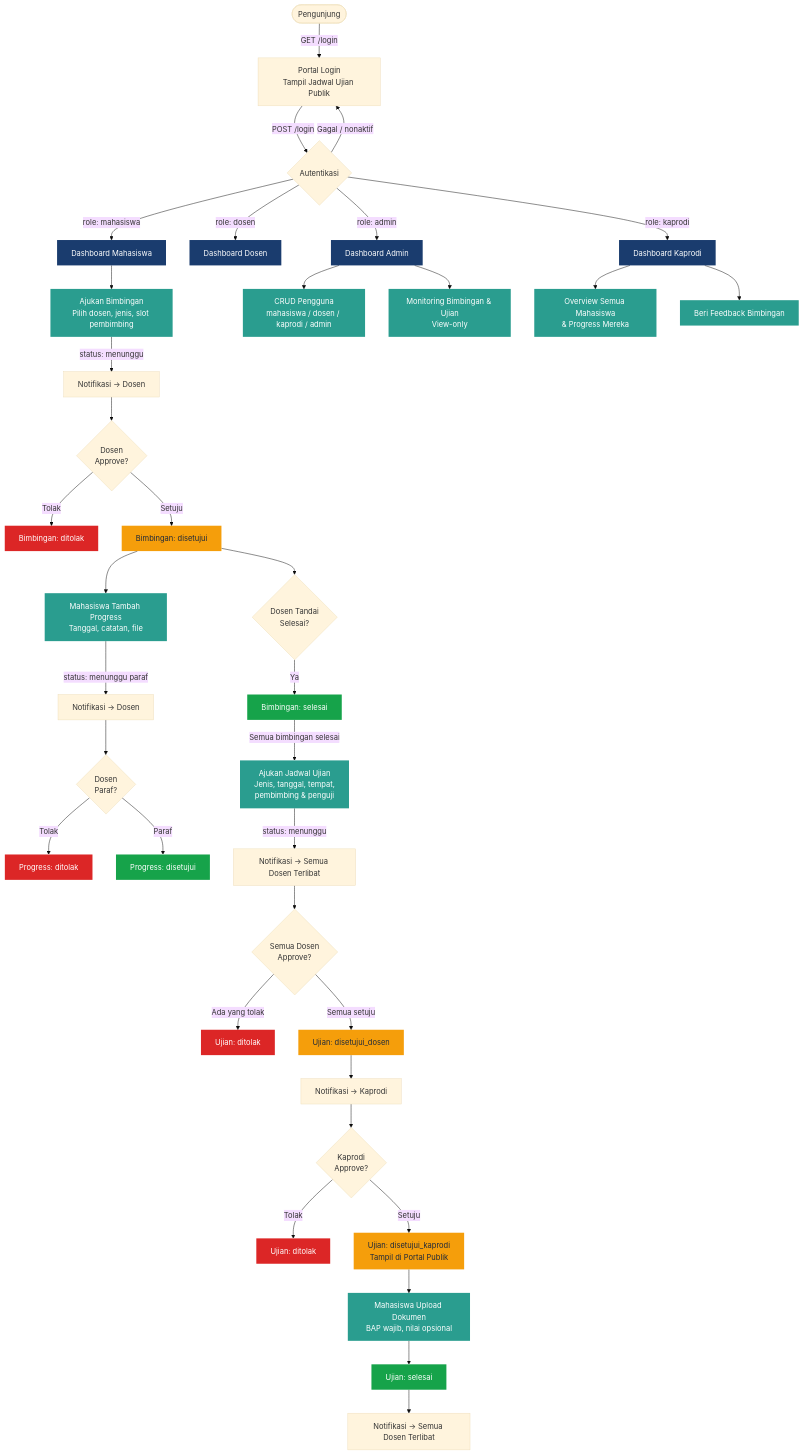
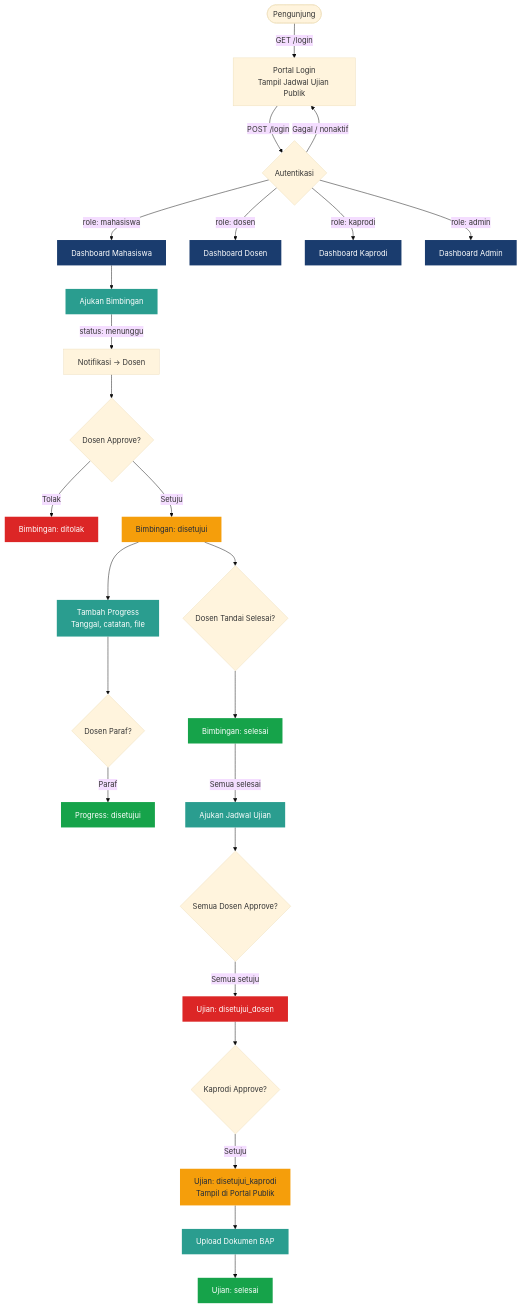
One commit to abakarbit/bios-track changed the diagram in README.md. Above: the diagram before and after it, drawn with Mermaid (base theme). The commit also changed other lines of this file and 4 other files, not shown here.

````diff
--- a/README.md
+++ b/README.md
@@ -141,65 +140,39 @@
 ```mermaid
 flowchart TD
     Guest([Pengunjung]) -->|GET /login| Portal[Portal Login\nTampil Jadwal Ujian Publik]
     Portal -->|POST /login| Auth{Autentikasi}
     Auth -->|Gagal / nonaktif| Portal
     Auth -->|role: mahasiswa| DashM[Dashboard Mahasiswa]
     Auth -->|role: dosen| DashD[Dashboard Dosen]
     Auth -->|role: kaprodi| DashK[Dashboard Kaprodi]
     Auth -->|role: admin| DashA[Dashboard Admin]
 
-    %% ── MAHASISWA ──
-    DashM --> AjukanB[Ajukan Bimbingan\nPilih dosen, jenis, slot pembimbing]
+    DashM --> AjukanB[Ajukan Bimbingan]
     AjukanB -->|status: menunggu| NotifD1[Notifikasi → Dosen]
-
-    NotifD1 --> DosenApproveB{Dosen\nApprove?}
+    NotifD1 --> DosenApproveB{Dosen Approve?}
     DosenApproveB -->|Tolak| BDitolak[Bimbingan: ditolak]
     DosenApproveB -->|Setuju| BDisetujui[Bimbingan: disetujui]
+    BDisetujui --> AddProgress[Tambah Progress\nTanggal, catatan, file]
+    AddProgress --> DosenParaf{Dosen Paraf?}
+    DosenParaf -->|Paraf| PDisetujui[Progress: disetujui]
+    BDisetujui --> DosenSelesai{Dosen Tandai Selesai?}
+    DosenSelesai --> BSelesai[Bimbingan: selesai]
+    BSelesai -->|Semua selesai| AjukanU[Ajukan Jadwal Ujian]
+    AjukanU --> DosenApproveU{Semua Dosen Approve?}
+    DosenApproveU -->|Semua setuju| UDisetujuiD[Ujian: disetujui_dosen]
+    UDisetujuiD --> KaprodiApprove{Kaprodi Approve?}
+    KaprodiApprove -->|Setuju| UDisetujuiK[Ujian: disetujui_kaprodi\nTampil di Portal Publik]
+    UDisetujuiK --> UploadDok[Upload Dokumen BAP]
+    UploadDok --> USelesai[Ujian: selesai]
 
-    BDisetujui --> AddProgress[Mahasiswa Tambah Progress\nTanggal, catatan, file]
-    AddProgress -->|status: menunggu paraf| NotifD2[Notifikasi → Dosen]
-
-    NotifD2 --> DosenParaf{Dosen\nParaf?}
-    DosenParaf -->|Tolak| PDitolak[Progress: ditolak]
-    DosenParaf -->|Paraf| PDisetujui[Progress: disetujui]
-
-    BDisetujui --> DosenSelesai{Dosen Tandai\nSelesai?}
-    DosenSelesai -->|Ya| BSelesai[Bimbingan: selesai]
-
-    BSelesai -->|Semua bimbingan selesai| AjukanU[Ajukan Jadwal Ujian\nJenis, tanggal, tempat,\npembimbing & penguji]
-    AjukanU -->|status: menunggu| NotifDU[Notifikasi → Semua Dosen Terlibat]
-
-    NotifDU --> DosenApproveU{Semua Dosen\nApprove?}
-    DosenApproveU -->|Ada yang tolak| UDitolak[Ujian: ditolak]
-    DosenApproveU -->|Semua setuju| UDisetujuiD[Ujian: disetujui_dosen]
-
-    UDisetujuiD --> NotifK[Notifikasi → Kaprodi]
-    NotifK --> KaprodiApprove{Kaprodi\nApprove?}
-    KaprodiApprove -->|Tolak| UDitolak2[Ujian: ditolak]
-    KaprodiApprove -->|Setuju| UDisetujuiK[Ujian: disetujui_kaprodi\nTampil di Portal Publik]
-
-    UDisetujuiK --> UploadDok[Mahasiswa Upload Dokumen\nBAP wajib, nilai opsional]
-    UploadDok --> USelesai[Ujian: selesai]
-    USelesai --> NotifDU2[Notifikasi → Semua Dosen Terlibat]
-
-    %% ── ADMIN ──
-    DashA --> CRUD[CRUD Pengguna\nmahasiswa / dosen / kaprodi / admin]
-    DashA --> MonitorA[Monitoring Bimbingan & Ujian\nView-only]
-
-    %% ── KAPRODI Extra ──
-    DashK --> OverviewMhs[Overview Semua Mahasiswa\n& Progress Mereka]
-    DashK --> FeedbackB[Beri Feedback Bimbingan]
-
-    %% Styling
     classDef role fill:#1a3c6e,color:#fff,stroke:none
     classDef action fill:#2a9d8f,color:#fff,stroke:none
     classDef status fill:#f59e0b,color:#1e293b,stroke:none
     classDef end_ fill:#16a34a,color:#fff,stroke:none
     classDef rejected fill:#dc2626,color:#fff,stroke:none
-
     class DashM,DashD,DashK,DashA role
-    class AjukanB,AddProgress,AjukanU,UploadDok,CRUD,MonitorA,OverviewMhs,FeedbackB action
+    class AjukanB,AddProgress,AjukanU,UploadDok action
     class BDisetujui,UDisetujuiD,UDisetujuiK status
     class BSelesai,PDisetujui,USelesai end_
-    class BDitolak,PDitolak,UDitolak,UDitolak2 rejected
+    class BDitolak,UDisetujuiD rejected
 ```
````
